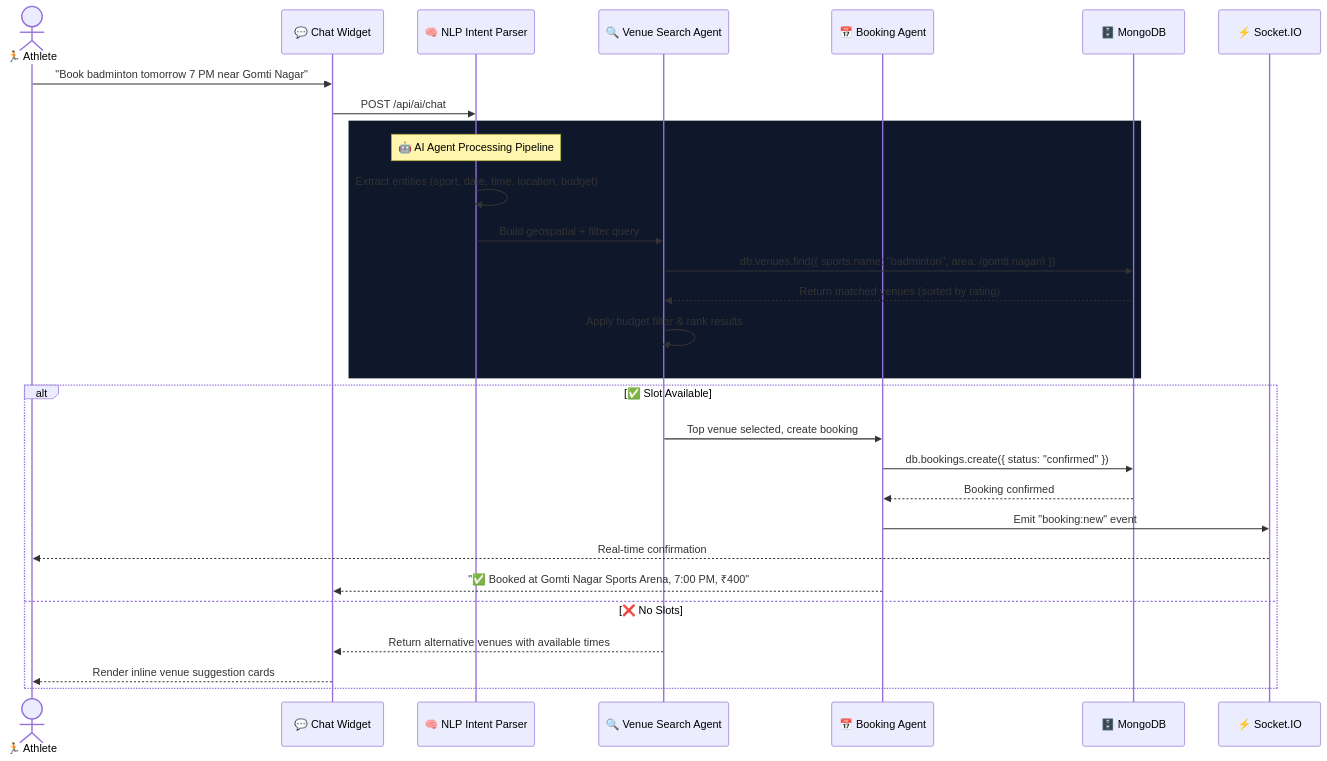
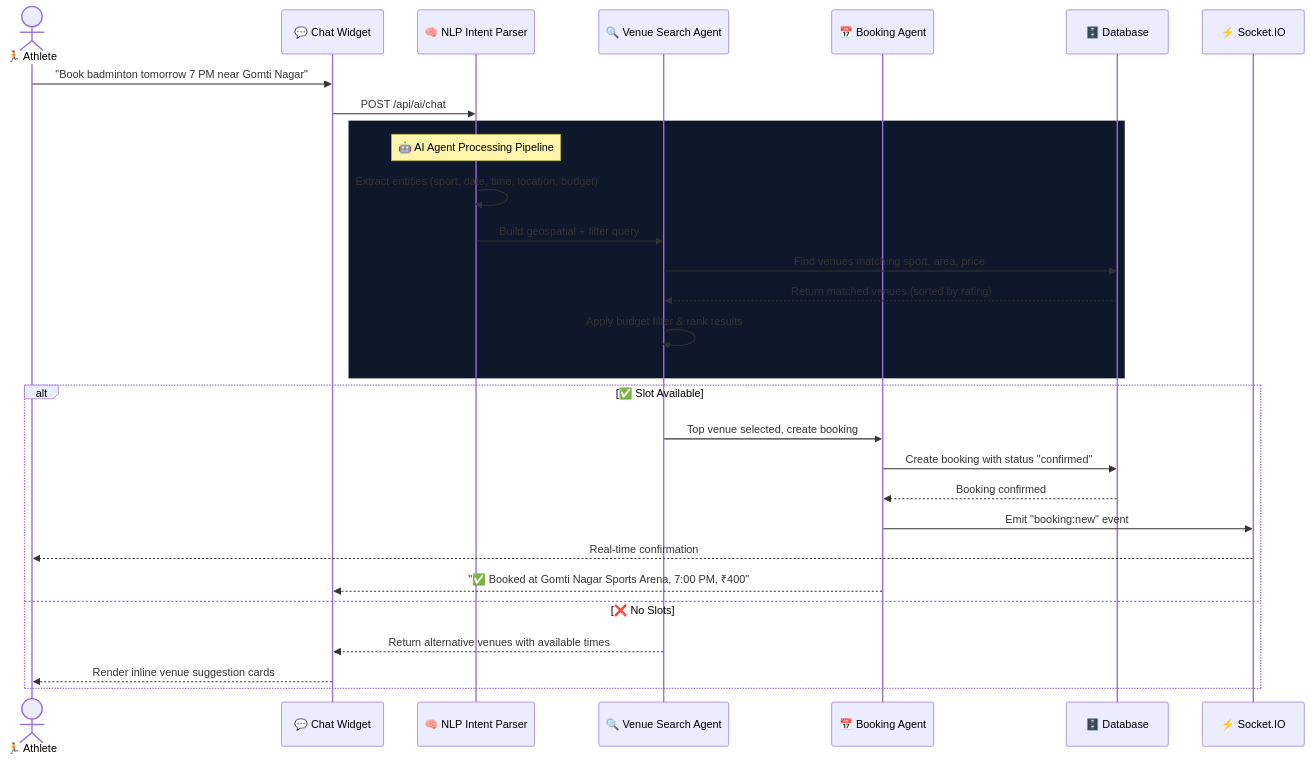
Before and after one commit to suryanshsingh07/PlaySphere: the fourth of 14 diagrams in README.md, drawn with Mermaid. The commit also changed other lines of this file and 7 other files, not shown here.

Commit message:
Update dashboard UI and improve auth flow

````diff
--- a/README.md
+++ b/README.md
@@ -127,34 +177,34 @@
 ```mermaid
 sequenceDiagram
     actor Player as 🏃 Athlete
     participant Chat as 💬 Chat Widget
     participant NLP as 🧠 NLP Intent Parser
     participant Search as 🔍 Venue Search Agent
     participant Book as 📅 Booking Agent
-    participant DB as 🗄️ MongoDB
+    participant DB as 🗄️ Database
     participant Notify as ⚡ Socket.IO
 
     Player->>Chat: "Book badminton tomorrow 7 PM near Gomti Nagar"
     Chat->>NLP: POST /api/ai/chat
 
     rect rgb(15, 23, 42)
         Note over NLP: 🤖 AI Agent Processing Pipeline
         NLP->>NLP: Extract entities (sport, date, time, location, budget)
         NLP->>Search: Build geospatial + filter query
-        Search->>DB: db.venues.find({ sports.name: "badminton", area: /gomti nagar/i })
+        Search->>DB: Find venues matching sport, area, price
         DB-->>Search: Return matched venues (sorted by rating)
         Search->>Search: Apply budget filter & rank results
     end
 
     alt ✅ Slot Available
         Search->>Book: Top venue selected, create booking
-        Book->>DB: db.bookings.create({ status: "confirmed" })
+        Book->>DB: Create booking with status "confirmed"
         DB-->>Book: Booking confirmed
         Book->>Notify: Emit "booking:new" event
         Notify-->>Player: Real-time confirmation
         Book-->>Chat: "✅ Booked at Gomti Nagar Sports Arena, 7:00 PM, ₹400"
     else ❌ No Slots
         Search-->>Chat: Return alternative venues with available times
         Chat-->>Player: Render inline venue suggestion cards
     end
 ```
````
